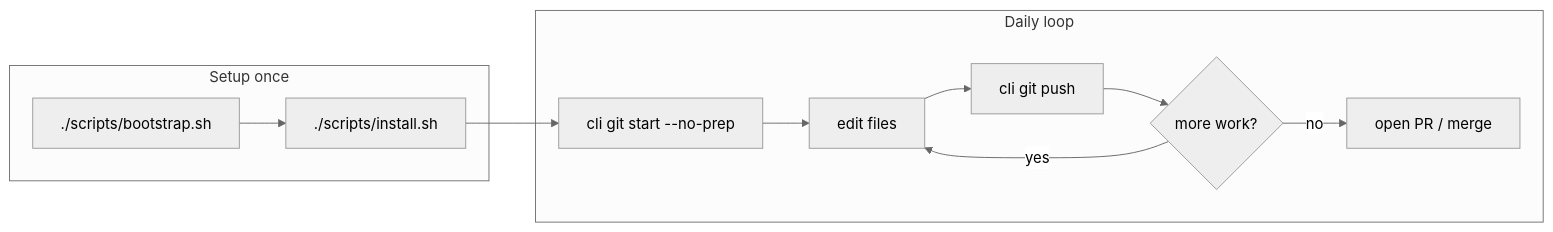
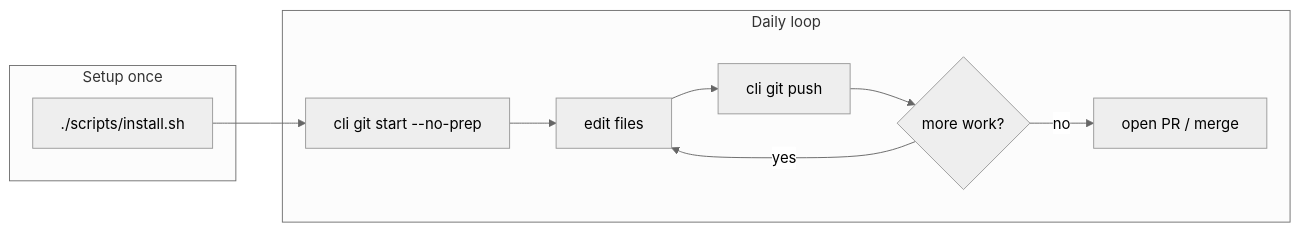
The second of 7 diagrams in docs/workflows.md (gardusig/cli), drawn with Mermaid (neutral theme) before and after one commit. The commit also changed 15 other files, not shown here.

````diff
--- a/docs/workflows.md
+++ b/docs/workflows.md
@@ -72,21 +72,19 @@
 ```mermaid
 flowchart LR
     subgraph setup [Setup once]
-        A["./scripts/bootstrap.sh"]
-        B["./scripts/install.sh"]
-        A --> B
+        A["./scripts/install.sh"]
     end
 
     subgraph daily [Daily loop]
         C["cli git start --no-prep"]
         D["edit files"]
         E["cli git push"]
         F{"more work?"}
         G["open PR / merge"]
         C --> D --> E --> F
         F -->|yes| D
         F -->|no| G
     end
 
-    B --> C
+    A --> C
 ```
````
